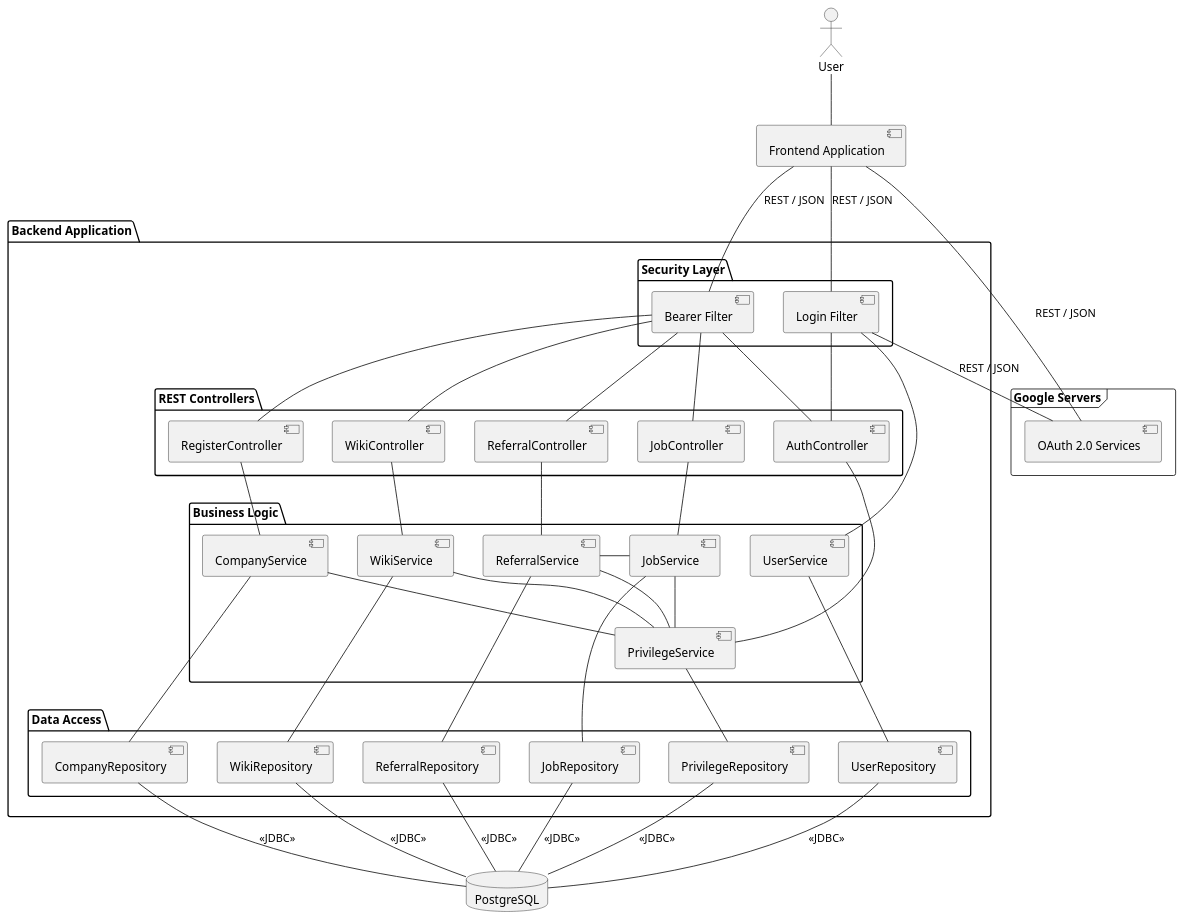
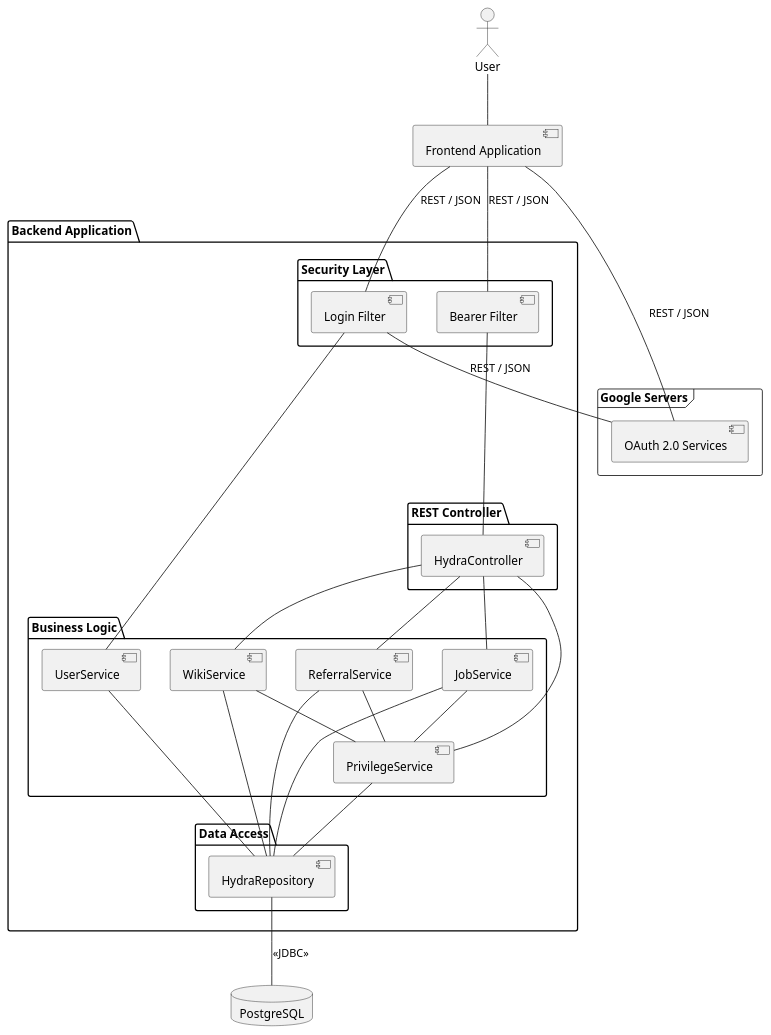
The diagram in hydra_component_diagram.puml (poznas/hydra-aimo), drawn with PlantUML before and after one commit. The commit also changed 3 other files, not shown here.

Commit message:
simplify hydra component structure

```diff
--- a/hydra_component_diagram.puml
+++ b/hydra_component_diagram.puml
@@ -1,89 +1,65 @@
 @startuml
 actor User
 
 frame "Google Servers" {
  component [OAuth 2.0 Services]
 }
 
 component [Frontend Application]
 
 
 
 package "Backend Application" {
  package "Security Layer" {
   component [Login Filter]
   component [Bearer Filter]
  }
 
- package "REST Controllers" {
-  component [AuthController]
-  component [RegisterController]
-  component [WikiController]
-  component [ReferralController]
-  component [JobController]
+ package "REST Controller" {
+  component [HydraController]
  }
 
  package "Business Logic" {
   component [UserService]
   component [PrivilegeService]
-  component [CompanyService]
   component [WikiService]
   component [ReferralService]
   component [JobService]
  }
 
  package "Data Access" {
-  component UserRepository
-  component PrivilegeRepository
-  component CompanyRepository
-  component WikiRepository
-  component ReferralRepository
-  component JobRepository
+  component HydraRepository
  }
 }
 
 database PostgreSQL
 
 
 User -- [Frontend Application]
 [Frontend Application] -- [Login Filter] : REST / JSON
 [Frontend Application] -- [Bearer Filter] : REST / JSON
 
 [Frontend Application] - [OAuth 2.0 Services] : REST / JSON
 [Login Filter] -- [OAuth 2.0 Services] : REST / JSON
 
 
-[Login Filter] -- [AuthController]
-[Bearer Filter] -- [AuthController]
-[Bearer Filter] -- [RegisterController]
-[Bearer Filter] -- [WikiController]
-[Bearer Filter] -- [ReferralController]
-[Bearer Filter] -- [JobController]
+[Bearer Filter] --- [HydraController]
 
-[Login Filter] -- UserService
-AuthController -- PrivilegeService
-RegisterController -- CompanyService
-WikiController -- WikiService
-ReferralController -- ReferralService
-JobController -- JobService
+[Login Filter] --- UserService
+HydraController -- WikiService
+HydraController -- ReferralService
+HydraController -- JobService
+HydraController -- PrivilegeService
 
-CompanyService -- PrivilegeService
 WikiService -- PrivilegeService
 ReferralService -- PrivilegeService
 JobService -- PrivilegeService
-JobService - ReferralService
 
-UserService -- UserRepository
-PrivilegeService -- PrivilegeRepository
-CompanyService -- CompanyRepository
-WikiService -- WikiRepository
-ReferralService -- ReferralRepository
-JobService -- JobRepository
+UserService -- HydraRepository
+PrivilegeService -- HydraRepository
+WikiService -- HydraRepository
+ReferralService -- HydraRepository
+JobService -- HydraRepository
 
-UserRepository -- PostgreSQL : <<JDBC>>
-PrivilegeRepository -- PostgreSQL : <<JDBC>>
-CompanyRepository -- PostgreSQL : <<JDBC>>
-WikiRepository -- PostgreSQL : <<JDBC>>
-ReferralRepository -- PostgreSQL : <<JDBC>>
-JobRepository -- PostgreSQL : <<JDBC>>
+HydraRepository -- PostgreSQL : <<JDBC>>
 @enduml
```
